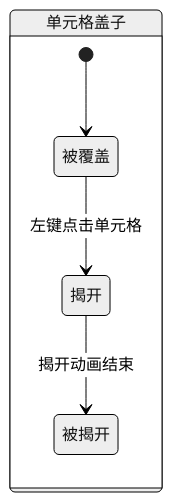
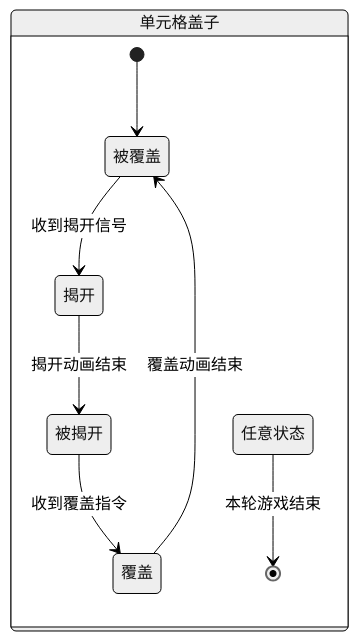
The third of 4 diagrams in README.md (SnekTech/mine-sweeper-rogue), drawn with Mermaid before and after one commit. The commit also changed other lines of this file and 28 other files, not shown here.

````diff
--- a/README.md
+++ b/README.md
@@ -100,14 +100,18 @@
 ```mermaid
 %%{init: {'theme':'neutral'}}%%
 stateDiagram-v2
-    coveredIdle : 被覆盖
-    revealedIdle : 被揭开
-    reveal : 揭开
-    %% putCover : 覆盖
-    
     state 单元格盖子 {
+        coveredIdle : 被覆盖
+        revealedIdle : 被揭开
+        reveal : 揭开
+        putCover : 覆盖
+        any: 任意状态
+        
         [*] --> coveredIdle
-        coveredIdle --> reveal : 左键点击单元格
+        coveredIdle --> reveal : 收到揭开信号
         reveal --> revealedIdle : 揭开动画结束
+        revealedIdle --> putCover : 收到覆盖指令
+        putCover --> coveredIdle : 覆盖动画结束
+        any --> [*] : 本轮游戏结束
     }
 ```
````
